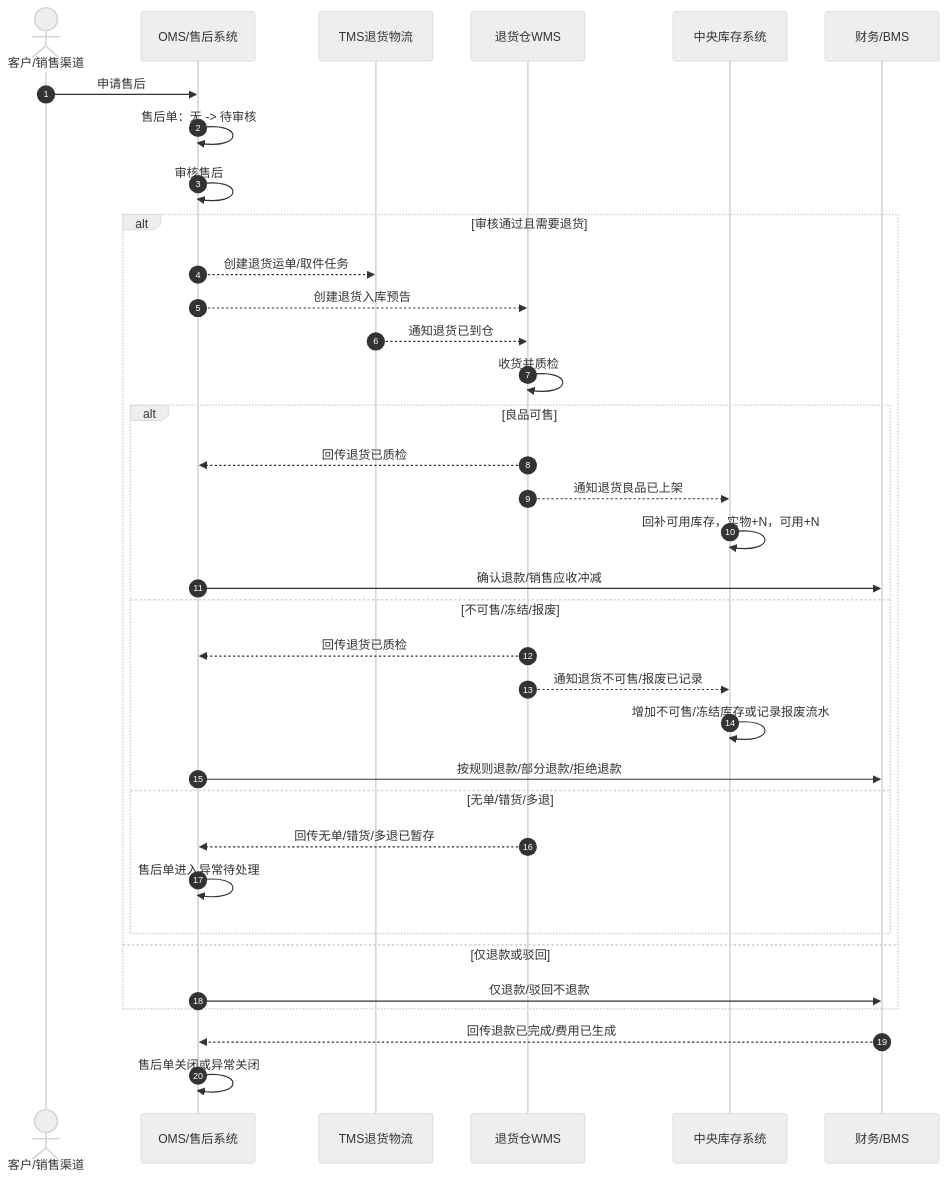
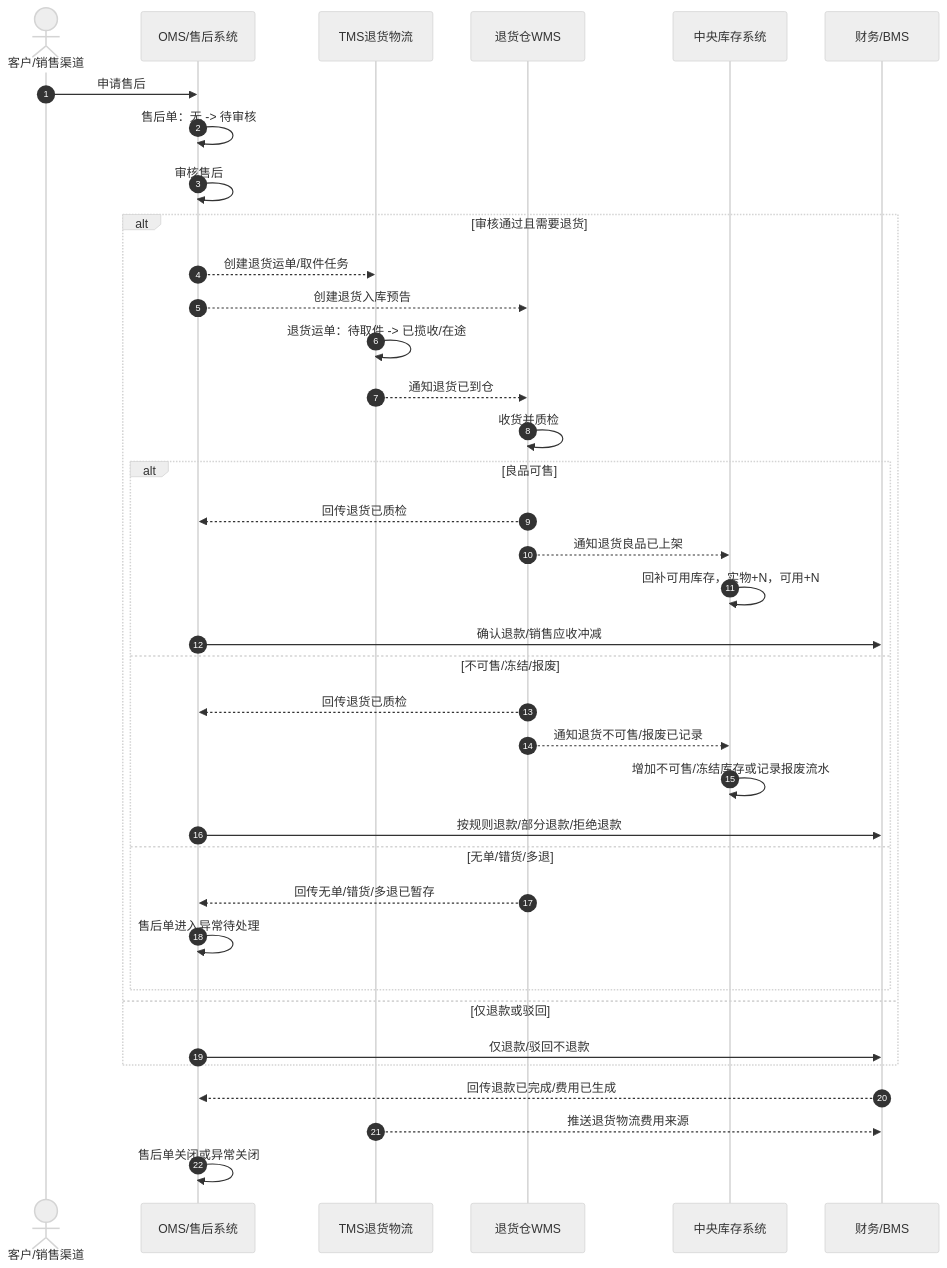
The second of 2 diagrams in docs/02-业务流程/07-1-售后退货业务流程.md (chao1927/scm), drawn with Mermaid (neutral theme) before and after one commit. The commit also changed other lines of this file and 118 other files, not shown here.

````diff
--- a/docs/02-业务流程/07-1-售后退货业务流程.md
+++ b/docs/02-业务流程/07-1-售后退货业务流程.md
@@ -183,40 +192,42 @@
 ```mermaid
 sequenceDiagram
   autonumber
   actor Customer as 客户/销售渠道
   participant AS as OMS/售后系统
   participant TMS as TMS退货物流
   participant WMS as 退货仓WMS
   participant INV as 中央库存系统
   participant FIN as 财务/BMS
 
   Customer->>AS: 申请售后
   AS->>AS: 售后单：无 -> 待审核
   AS->>AS: 审核售后
 
   alt 审核通过且需要退货
     AS-->>TMS: 创建退货运单/取件任务
     AS-->>WMS: 创建退货入库预告
+    TMS->>TMS: 退货运单：待取件 -> 已揽收/在途
     TMS-->>WMS: 通知退货已到仓
     WMS->>WMS: 收货并质检
     alt 良品可售
       WMS-->>AS: 回传退货已质检
       WMS-->>INV: 通知退货良品已上架
       INV->>INV: 回补可用库存，实物+N，可用+N
       AS->>FIN: 确认退款/销售应收冲减
     else 不可售/冻结/报废
       WMS-->>AS: 回传退货已质检
       WMS-->>INV: 通知退货不可售/报废已记录
       INV->>INV: 增加不可售/冻结库存或记录报废流水
       AS->>FIN: 按规则退款/部分退款/拒绝退款
     else 无单/错货/多退
       WMS-->>AS: 回传无单/错货/多退已暂存
       AS->>AS: 售后单进入异常待处理
     end
   else 仅退款或驳回
     AS->>FIN: 仅退款/驳回不退款
   end
 
   FIN-->>AS: 回传退款已完成/费用已生成
+  TMS-->>FIN: 推送退货物流费用来源
   AS->>AS: 售后单关闭或异常关闭
 ```
````
